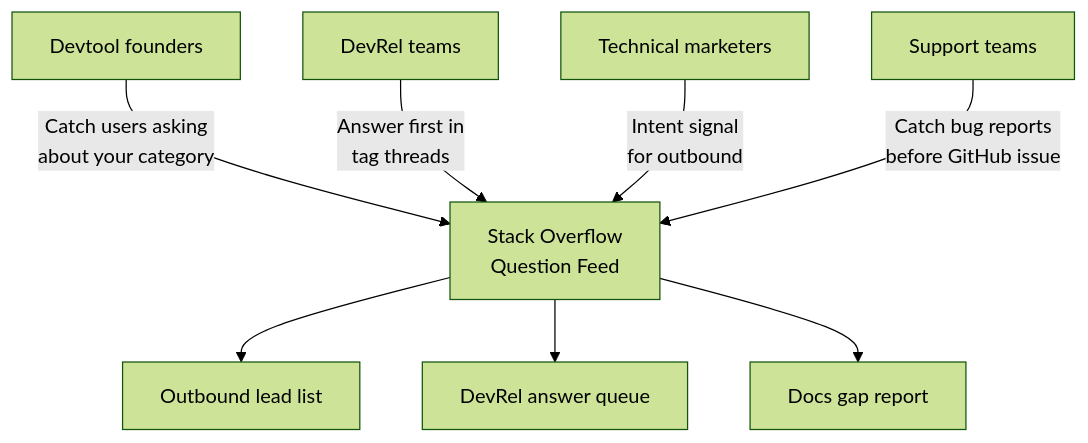
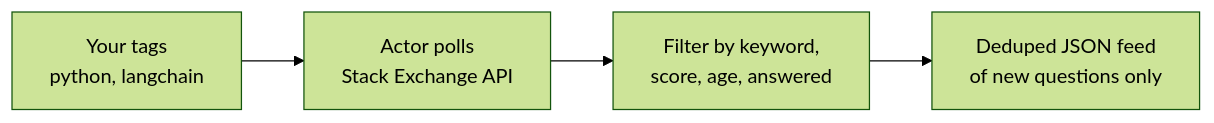
Before and after one commit to Ken-Mutisya/scrapemint: the first of 3 diagrams in actors/stackoverflow-lead-monitor/README.md, drawn with Mermaid (forest theme). The commit also changed other lines of this file, not shown here.

First line of the commit message:
Tighten Stack Overflow actor README for organic search

````diff
--- a/actors/stackoverflow-lead-monitor/README.md
+++ b/actors/stackoverflow-lead-monitor/README.md
@@ -11,10 +11,6 @@
 ```mermaid
-flowchart TD
-    A[Devtool founders] -->|Catch users asking<br/>about your category| D[Stack Overflow<br/>Question Feed]
-    B[DevRel teams] -->|Answer first in<br/>tag threads| D
-    C[Technical marketers] -->|Intent signal<br/>for outbound| D
-    E[Support teams] -->|Catch bug reports<br/>before GitHub issue| D
-    D --> F[Outbound lead list]
-    D --> G[DevRel answer queue]
-    D --> H[Docs gap report]
+flowchart LR
+    A[Your tags<br/>python, langchain] --> B[Actor polls<br/>Stack Exchange API]
+    B --> C[Filter by keyword,<br/>score, age, answered]
+    C --> D[Deduped JSON feed<br/>of new questions only]
 ```
````
